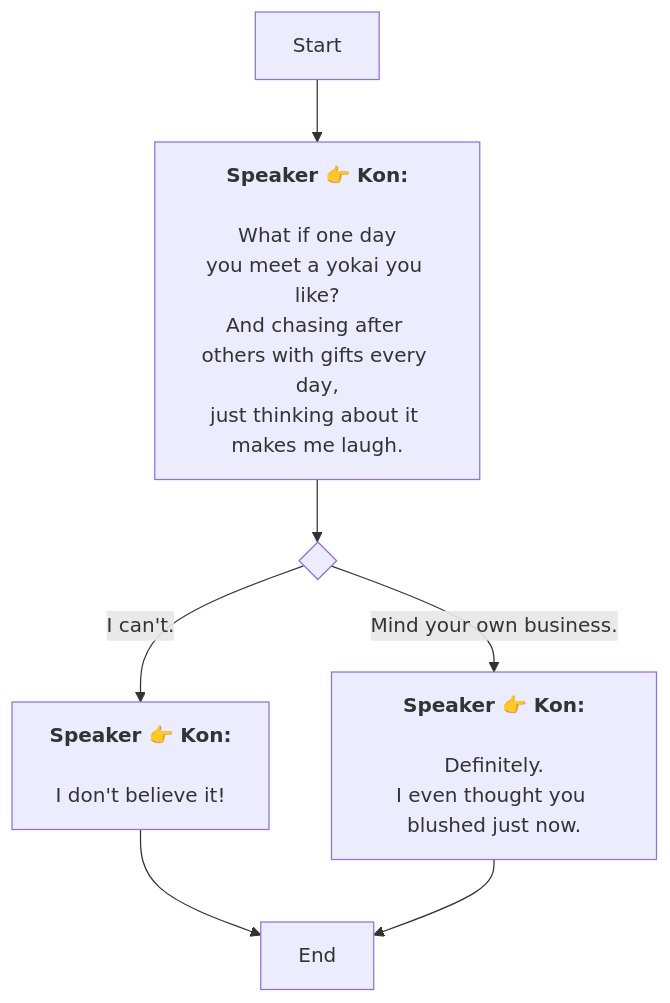
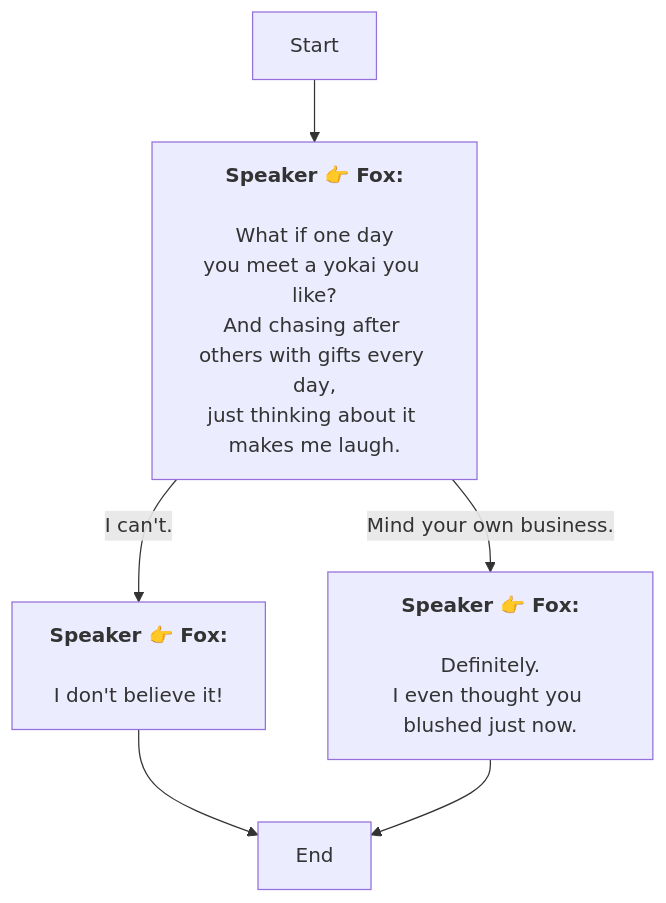
One commit to SoftHu/tos_avg changed the diagram in En/QuestStartTalkENode_1751475250371921.md. Above: the diagram before and after it, drawn with Mermaid. The commit also changed 737 other files, not shown here.

````diff
--- a/En/QuestStartTalkENode_1751475250371921.md
+++ b/En/QuestStartTalkENode_1751475250371921.md
@@ -1,20 +1,15 @@
 ```mermaid
 graph
-Start -->1751475306371413[<b>Speaker 👉 Kon:</b>
-
-What if one day
-you meet a yokai you like?
-And chasing after others with gifts every day,
+Start -->1751475306371413[<b>Speaker 👉 Fox:</b>
+\nWhat if one day
+you meet a yokai you like?\nAnd chasing after others with gifts every day,
 just thinking about it makes me laugh.]
-1751475306371413 -->1751475359048022{ }
-1751475359048022 -->|I can't.|1751475373995355[<b>Speaker 👉 Kon:</b>
-
-I don't believe it!]
-1751475359048022 -->|Mind your own business.|1751475386044764[<b>Speaker 👉 Kon:</b>
-
-Definitely.
+1751475306371413 -->|I can't.|1751475373995355[<b>Speaker 👉 Fox:</b>
+\nI don't believe it!]
+1751475306371413 -->|Mind your own business.|1751475386044764[<b>Speaker 👉 Fox:</b>
+\nDefinitely.
 I even thought you blushed just now.]
 1751475373995355 -->1751475304513876[End]
 1751475386044764 -->1751475304513876[End]
 
- ```
+```
````
